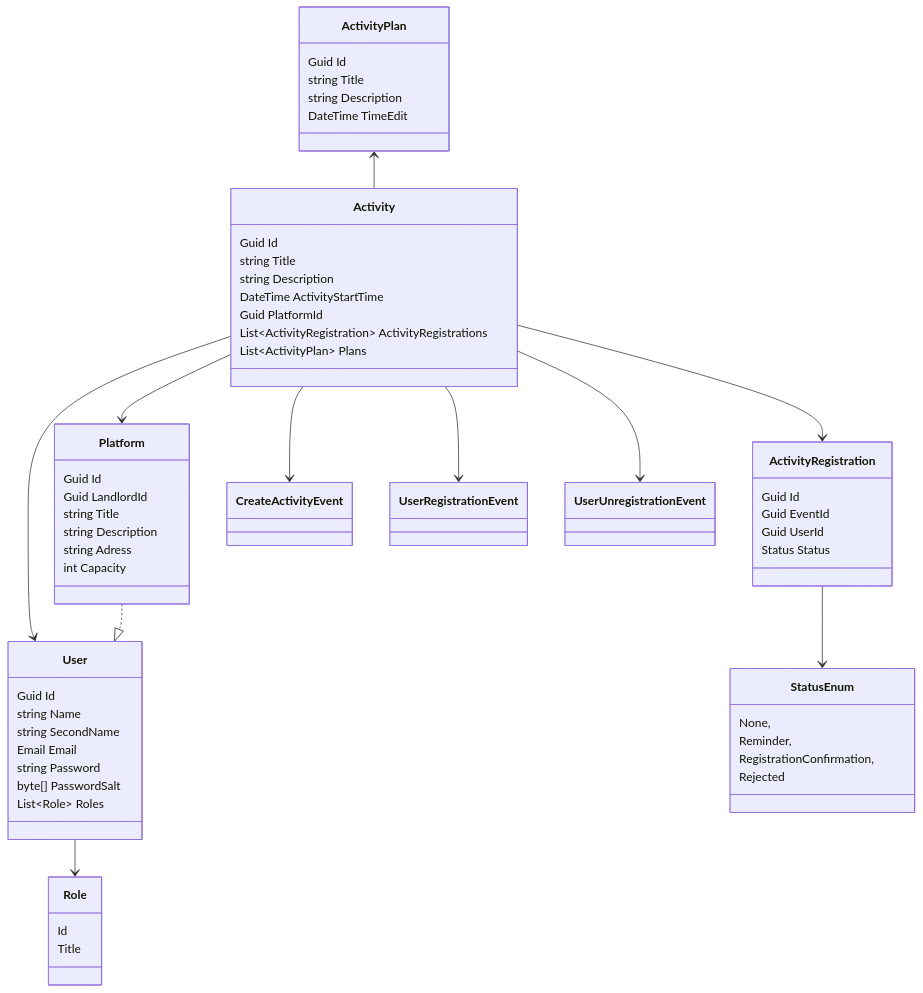
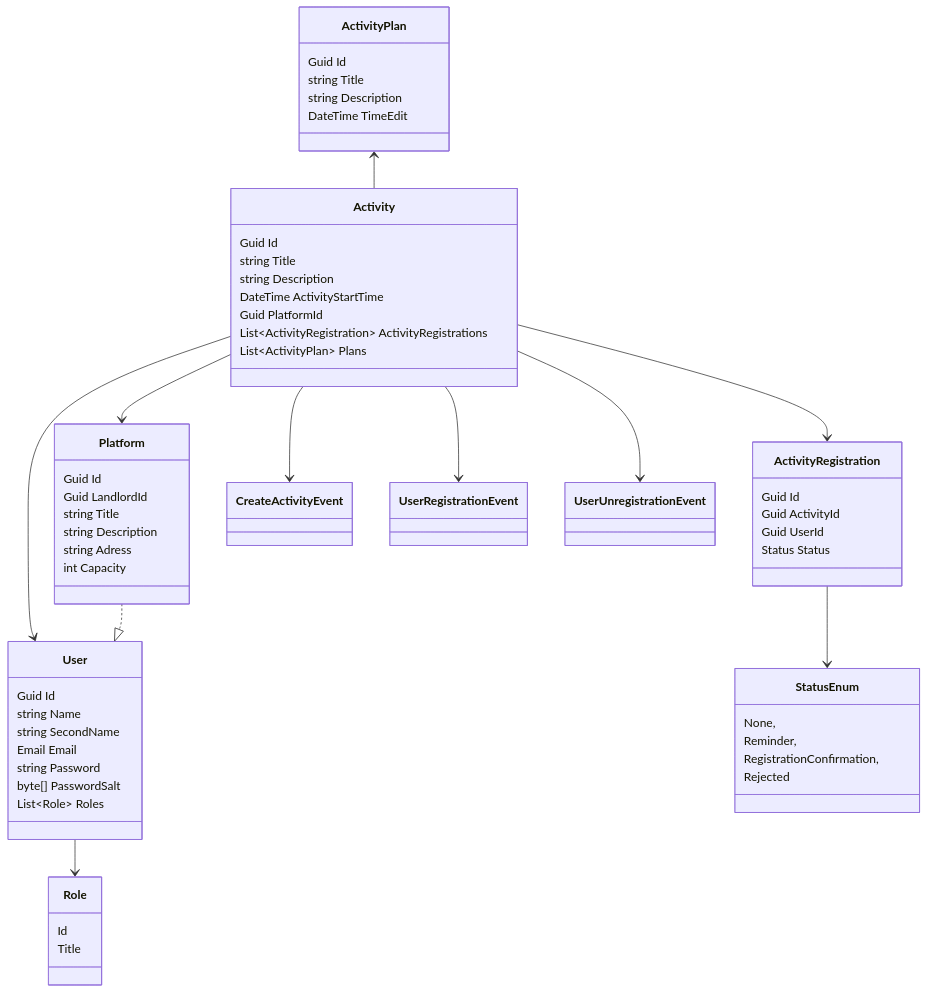
Before and after one commit to denismakalich/Realize: the diagram in README.md, drawn with Mermaid.

````diff
--- a/README.md
+++ b/README.md
@@ -2,69 +2,69 @@
 ```mermaid
 classDiagram
     User --> Role
 
     Activity --> User
     Activity --> Platform
     Activity --> ActivityRegistration
     ActivityRegistration --> StatusEnum
     Activity --> CreateActivityEvent
     Activity --> UserRegistrationEvent
     Activity --> UserUnregistrationEvent
     ActivityPlan <-- Activity
     Platform ..|> User
 
     class Role{
         Id
         Title
     }
 
     class User{
         Guid Id
         string Name
         string SecondName
         Email Email
         string Password
         byte[] PasswordSalt
         List~Role~ Roles
     }
 
     class Activity{
         Guid Id
         string Title
         string Description
         DateTime ActivityStartTime
         Guid PlatformId
         List~ActivityRegistration~ ActivityRegistrations 
         List~ActivityPlan~ Plans
     }
 
     class Platform{
         Guid Id
         Guid LandlordId
         string Title
         string Description
         string Adress
         int Capacity
     }
 
     class ActivityRegistration{
         Guid Id
-        Guid EventId
+        Guid ActivityId
         Guid UserId
         Status Status
     }
 
     class StatusEnum{
         None,
         Reminder, 
         RegistrationConfirmation,
         Rejected
     }
 
     class ActivityPlan{
         Guid Id
         string Title
         string Description
         DateTime TimeEdit
     }
 ```
````
